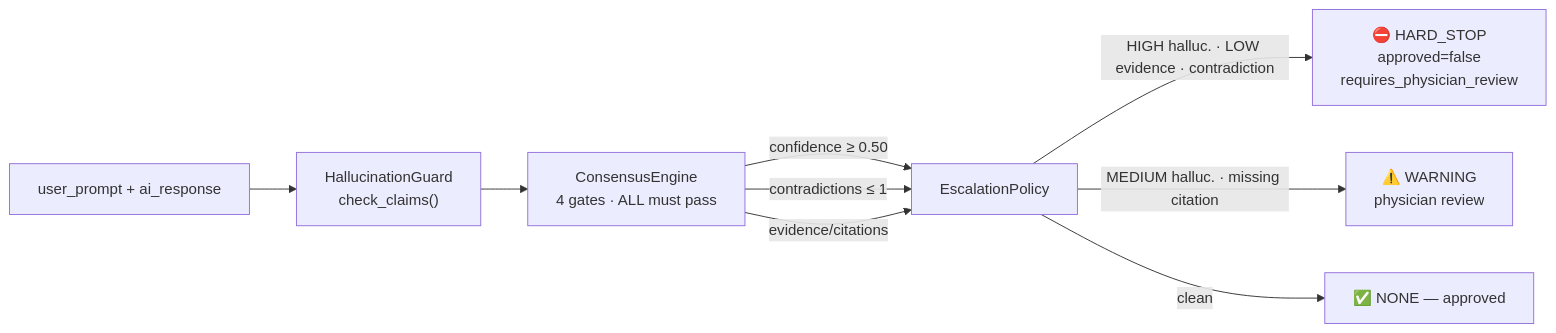
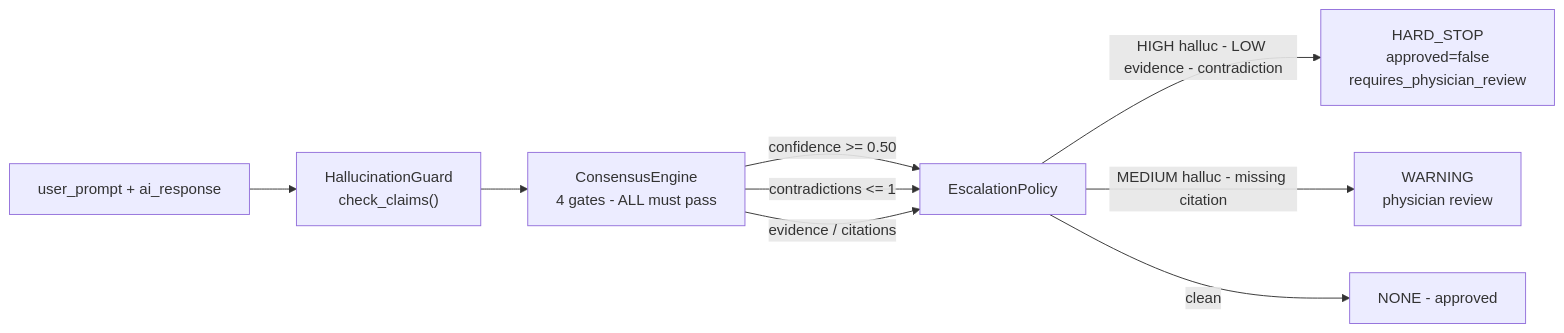
The third of 4 diagrams in README.md (vdfs89/Aether_Oncology), drawn with Mermaid before and after one commit. The commit also changed other lines of this file and 1 other file, not shown here.

First line of the commit message:
docs(readme): fix Mermaid diagrams not rendering on GitHub

````diff
--- a/README.md
+++ b/README.md
@@ -304,11 +304,11 @@
 ```mermaid
 flowchart LR
     IN["user_prompt + ai_response"] --> HG["HallucinationGuard<br/>check_claims()"]
-    HG --> CE["ConsensusEngine<br/>4 gates · ALL must pass"]
-    CE -->|confidence ≥ 0.50| EP
-    CE -->|contradictions ≤ 1| EP
-    CE -->|evidence/citations| EP["EscalationPolicy"]
-    EP -->|HIGH halluc. · LOW evidence · contradiction| HS["⛔ HARD_STOP<br/>approved=false<br/>requires_physician_review"]
-    EP -->|MEDIUM halluc. · missing citation| W["⚠️ WARNING<br/>physician review"]
-    EP -->|clean| OK["✅ NONE — approved"]
+    HG --> CE["ConsensusEngine<br/>4 gates - ALL must pass"]
+    CE -->|"confidence >= 0.50"| EP["EscalationPolicy"]
+    CE -->|"contradictions <= 1"| EP
+    CE -->|"evidence / citations"| EP
+    EP -->|"HIGH halluc - LOW evidence - contradiction"| HS["HARD_STOP<br/>approved=false<br/>requires_physician_review"]
+    EP -->|"MEDIUM halluc - missing citation"| W["WARNING<br/>physician review"]
+    EP -->|clean| OK["NONE - approved"]
 ```
````
